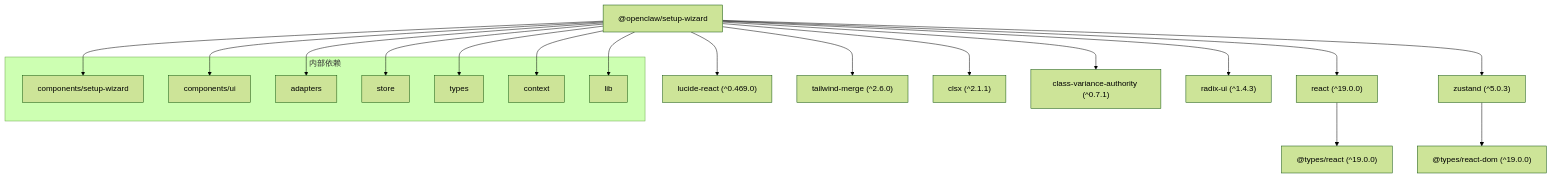
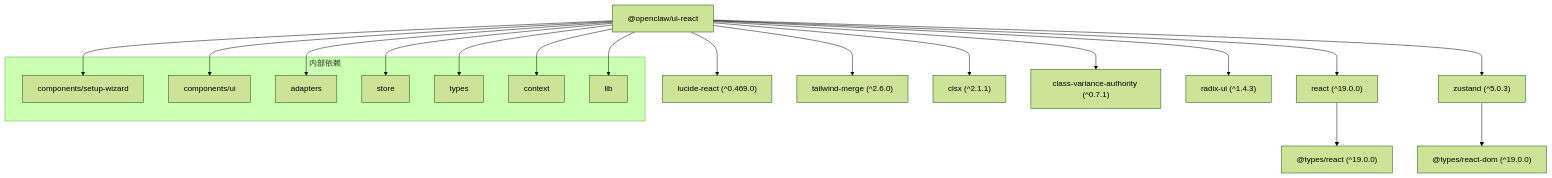
One commit to verse-ai-org/openclaw changed diagram 12 of 12 in .qoder/repowiki/zh/content/设置向导UI组件.md. Above: the diagram before and after it, drawn with Mermaid (forest theme). The commit also changed other lines of this file and 34 other files, not shown here.

````diff
--- a/.qoder/repowiki/zh/content/设置向导UI组件.md
+++ b/.qoder/repowiki/zh/content/设置向导UI组件.md
@@ -526,28 +533,28 @@
 ```mermaid
 graph TD
-A["@openclaw/setup-wizard"] --> B["react (^19.0.0)"]
+A["@openclaw/ui-react"] --> B["react (^19.0.0)"]
 A --> C["lucide-react (^0.469.0)"]
 A --> D["zustand (^5.0.3)"]
 A --> E["tailwind-merge (^2.6.0)"]
 A --> F["clsx (^2.1.1)"]
 A --> G["class-variance-authority (^0.7.1)"]
 A --> H["radix-ui (^1.4.3)"]
 B --> I["@types/react (^19.0.0)"]
 D --> J["@types/react-dom (^19.0.0)"]
 subgraph "内部依赖"
 K[components/setup-wizard]
 L[components/ui]
 M[adapters]
 N[store]
 O[types]
 P[context]
 Q[lib]
 end
 A --> K
 A --> L
 A --> M
 A --> N
 A --> O
 A --> P
 A --> Q
 ```
````
